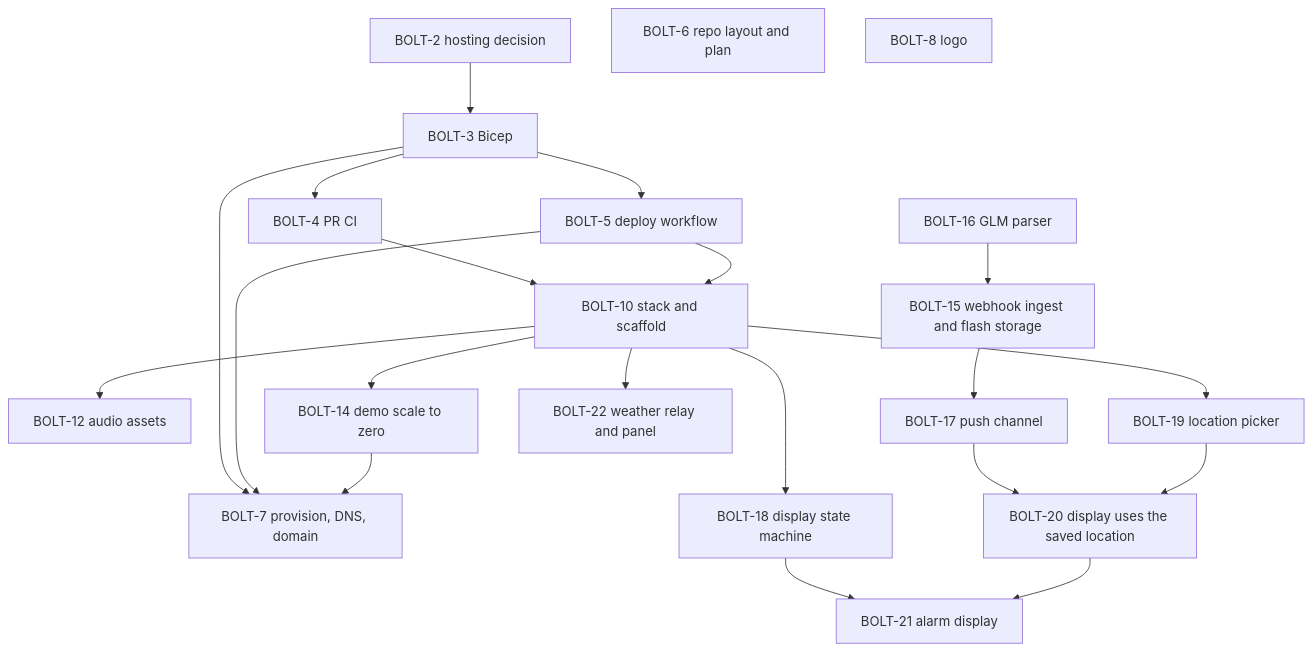
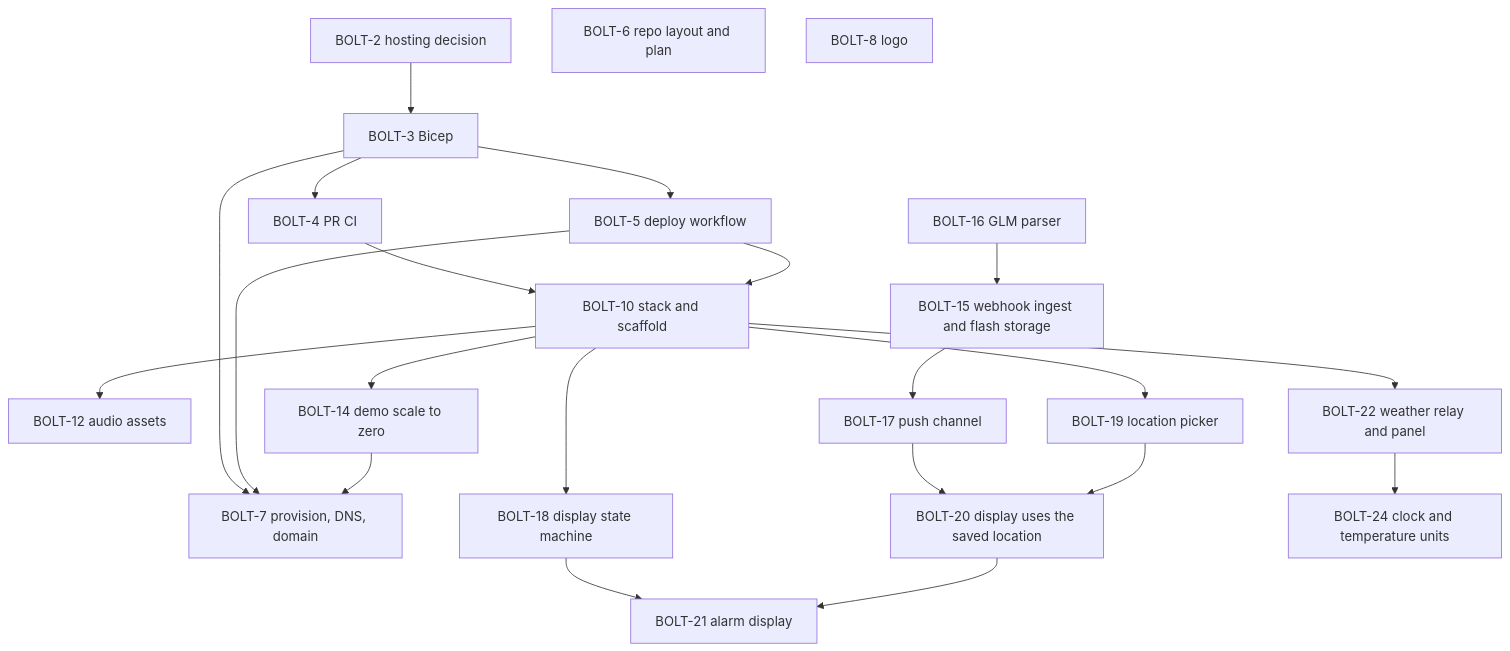
The diagram in docs/plan.md (henrique-meyer/boltclock), drawn with Mermaid before and after one commit. The commit also changed other lines of this file and 10 other files, not shown here.

First line of the commit message:
BOLT-24 Clock and temperature unit settings; keep forecast times on one line

````diff
--- a/docs/plan.md
+++ b/docs/plan.md
@@ -15,41 +15,43 @@
 ```mermaid
 flowchart TD
   s2[BOLT-2 hosting decision]
   s3[BOLT-3 Bicep]
   s4[BOLT-4 PR CI]
   s5[BOLT-5 deploy workflow]
   s6[BOLT-6 repo layout and plan]
   s7[BOLT-7 provision, DNS, domain]
   s8[BOLT-8 logo]
   s10[BOLT-10 stack and scaffold]
   s12[BOLT-12 audio assets]
   s14[BOLT-14 demo scale to zero]
   s15[BOLT-15 webhook ingest and flash storage]
   s16[BOLT-16 GLM parser]
   s17[BOLT-17 push channel]
   s18[BOLT-18 display state machine]
   s19[BOLT-19 location picker]
   s20[BOLT-20 display uses the saved location]
   s21[BOLT-21 alarm display]
   s22[BOLT-22 weather relay and panel]
+  s24[BOLT-24 clock and temperature units]
   s2 --> s3
   s4 --> s10
   s5 --> s10
   s3 --> s4
   s3 --> s5
   s3 --> s7
   s5 --> s7
   s10 --> s12
   s10 --> s14
   s14 --> s7
   s16 --> s15
   s15 --> s17
   s10 --> s18
   s10 --> s19
   s17 --> s20
   s19 --> s20
 
   s18 --> s21
   s20 --> s21
   s10 --> s22
+  s22 --> s24
 ```
````
